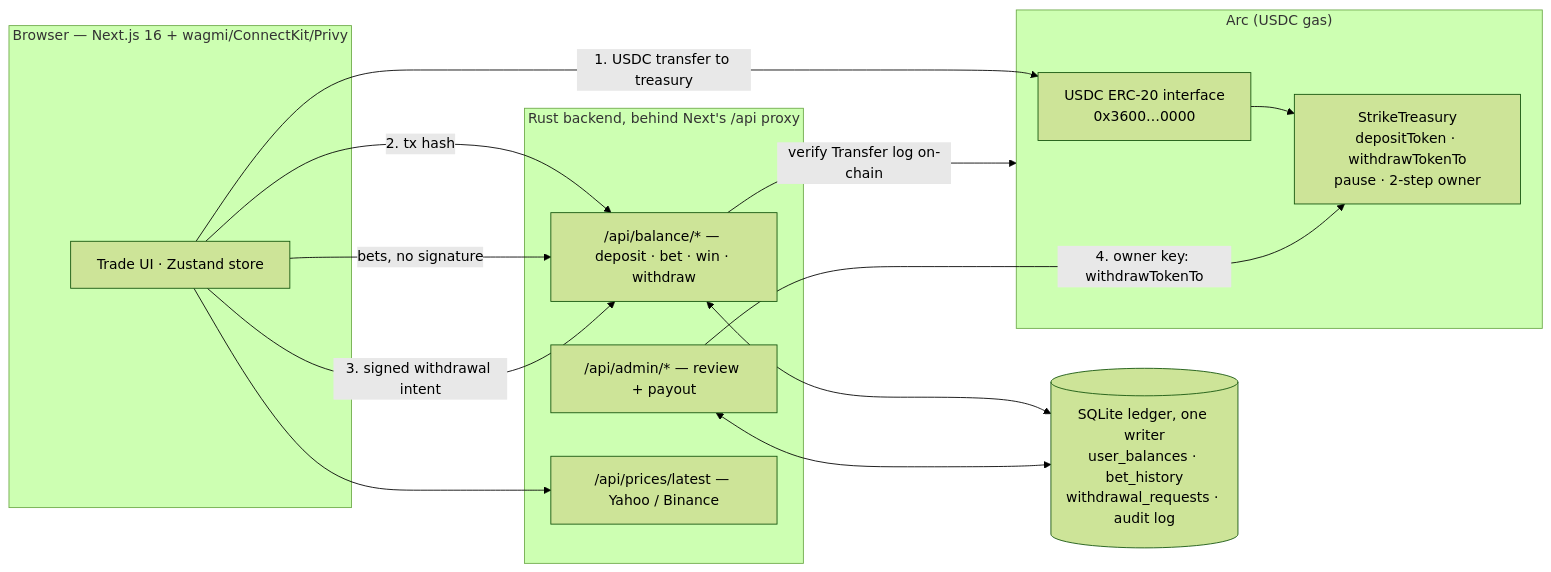
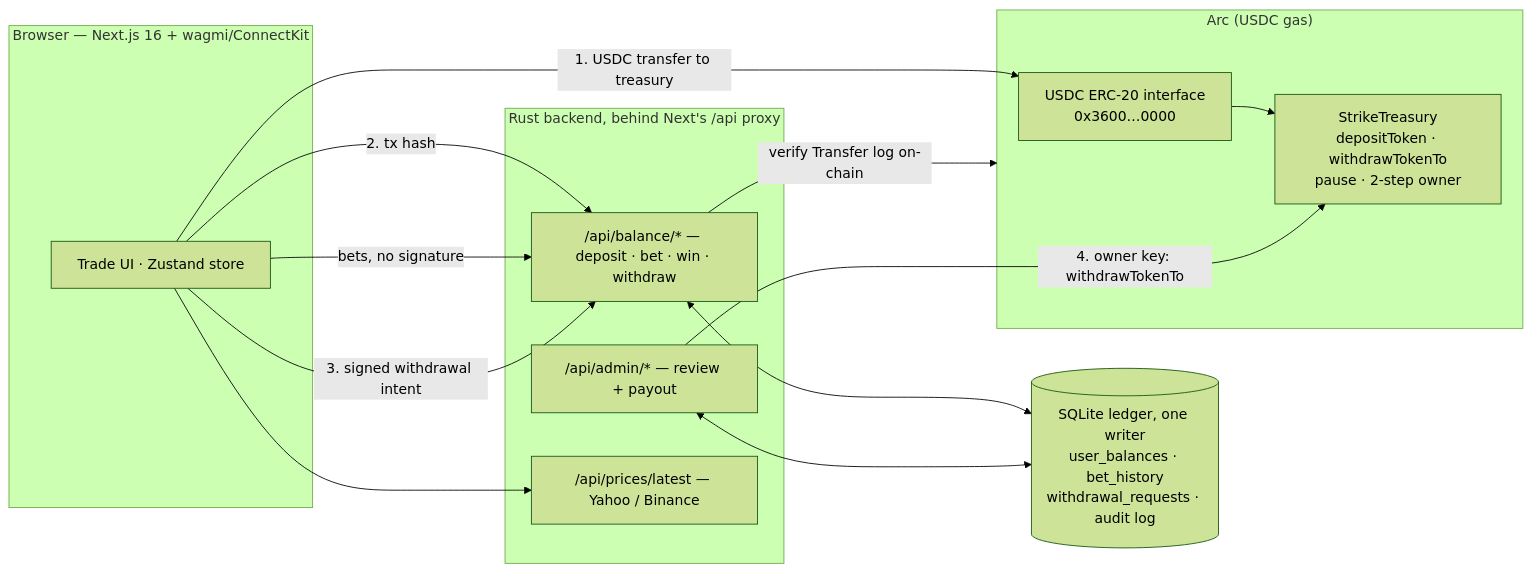
The first of 3 diagrams in README.md (TryStrike/strike), drawn with Mermaid (forest theme) before and after one commit. The commit also changed other lines of this file and 102 other files, not shown here.

````diff
--- a/README.md
+++ b/README.md
@@ -105,25 +105,25 @@
 ```mermaid
 flowchart LR
-  subgraph Browser["Browser — Next.js 16 + wagmi/ConnectKit/Privy"]
+  subgraph Browser["Browser — Next.js 16 + wagmi/ConnectKit"]
     UI[Trade UI · Zustand store]
   end
   subgraph Server["Rust backend, behind Next's /api proxy"]
     BAL["/api/balance/* — deposit · bet · win · withdraw"]
     ADM["/api/admin/* — review + payout"]
     PX["/api/prices/latest — Yahoo / Binance"]
   end
   DB[("SQLite ledger, one writer<br/>user_balances · bet_history<br/>withdrawal_requests · audit log")]
   subgraph Arc["Arc (USDC gas)"]
     USDC["USDC ERC-20 interface<br/>0x3600…0000"]
     T["StrikeTreasury<br/>depositToken · withdrawTokenTo<br/>pause · 2-step owner"]
   end
   UI -- "1. USDC transfer to treasury" --> USDC --> T
   UI -- "2. tx hash" --> BAL
   BAL -- "verify Transfer log on-chain" --> Arc
   BAL <--> DB
   UI -- "bets, no signature" --> BAL
   UI --> PX
   UI -- "3. signed withdrawal intent" --> BAL
   ADM -- "4. owner key: withdrawTokenTo" --> T
   ADM <--> DB
 ```
````
